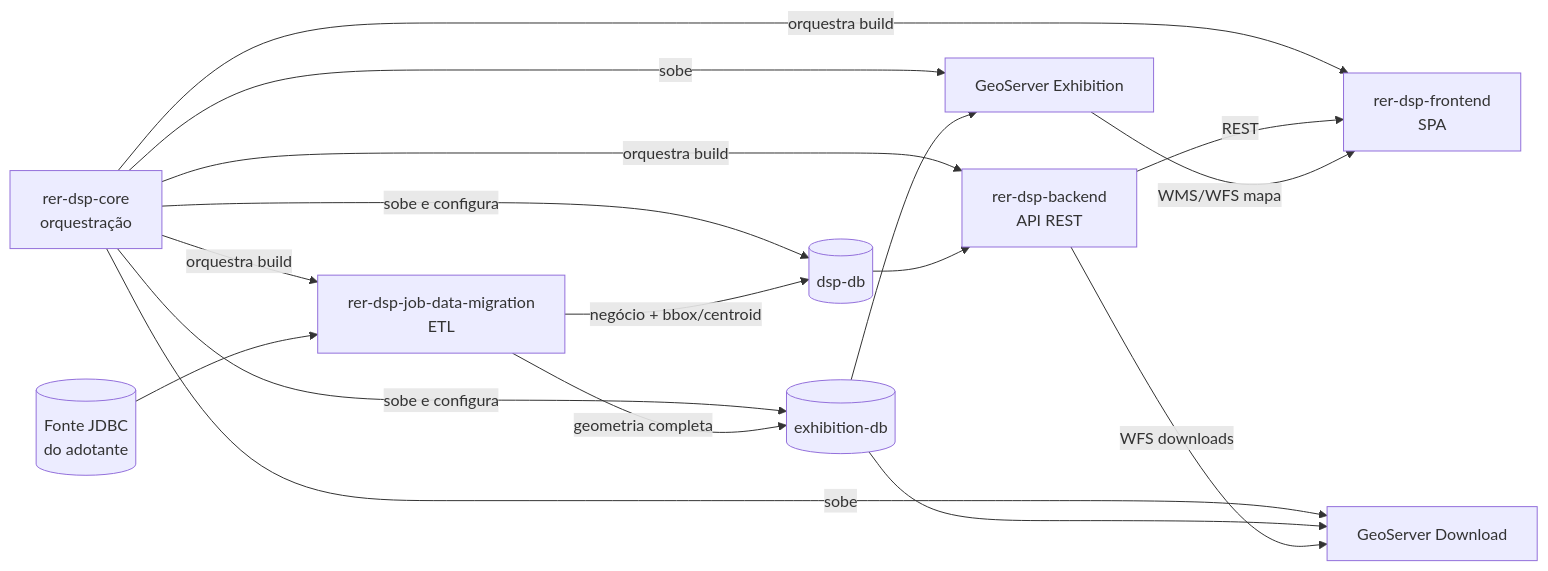
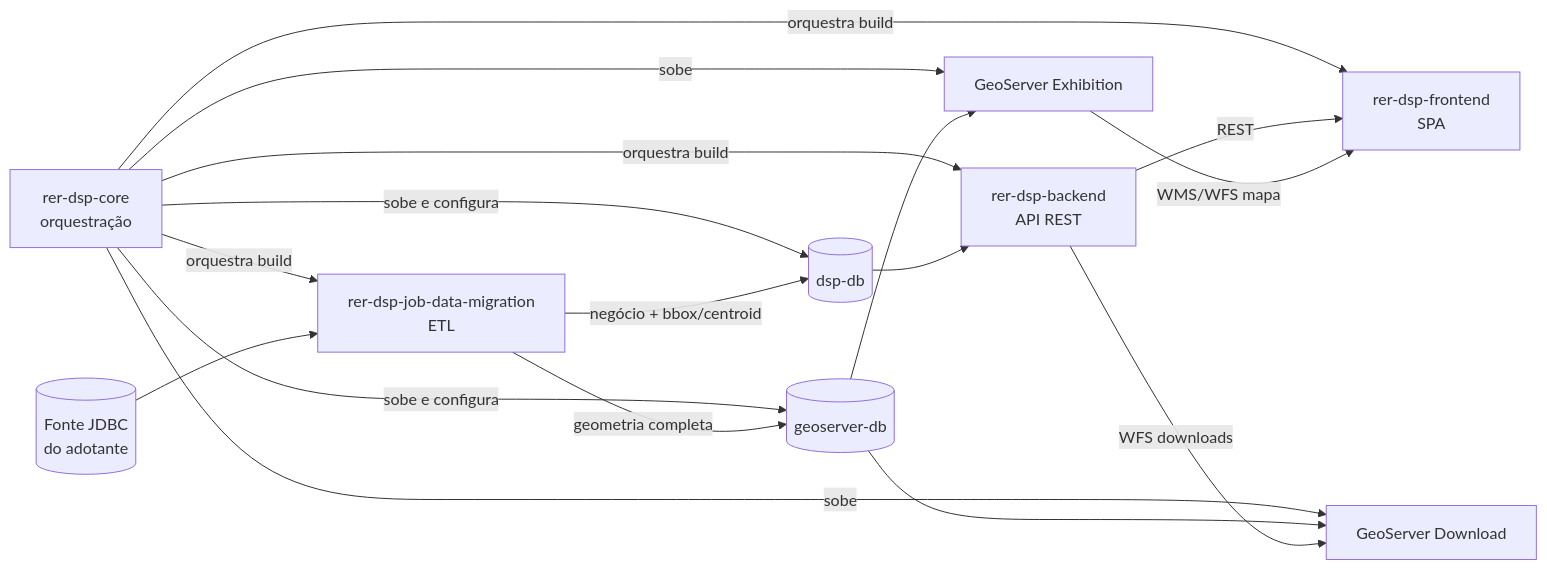
Before and after one commit to kleber-albino/rer-dsp-docs: the diagram in docs/modulos.md, drawn with Mermaid. The commit also changed other lines of this file and 14 other files, not shown here.

First line of the commit message:
docs: rename ` geoserver-exhibition-db` references to `geoserver-db` across documentation

````diff
--- a/docs/modulos.md
+++ b/docs/modulos.md
@@ -17,30 +17,30 @@
 ```mermaid
 flowchart LR
   core["rer-dsp-core<br/>orquestração"]
   job["rer-dsp-job-data-migration<br/>ETL"]
   be["rer-dsp-backend<br/>API REST"]
   fe["rer-dsp-frontend<br/>SPA"]
   src[(Fonte JDBC<br/>do adotante)]
   dspdb[(dsp-db)]
-  exdb[(exhibition-db)]
+  exdb[(geoserver-db)]
   gsEx[GeoServer Exhibition]
   gsDl[GeoServer Download]
 
   core -->|sobe e configura| dspdb
   core -->|sobe e configura| exdb
   core -->|sobe| gsEx
   core -->|sobe| gsDl
   core -->|orquestra build| job
   core -->|orquestra build| be
   core -->|orquestra build| fe
 
   src --> job
   job -->|negócio + bbox/centroid| dspdb
   job -->|geometria completa| exdb
   exdb --> gsEx
   exdb --> gsDl
   dspdb --> be
   be -->|REST| fe
   be -->|WFS downloads| gsDl
   gsEx -->|WMS/WFS mapa| fe
 ```
````
